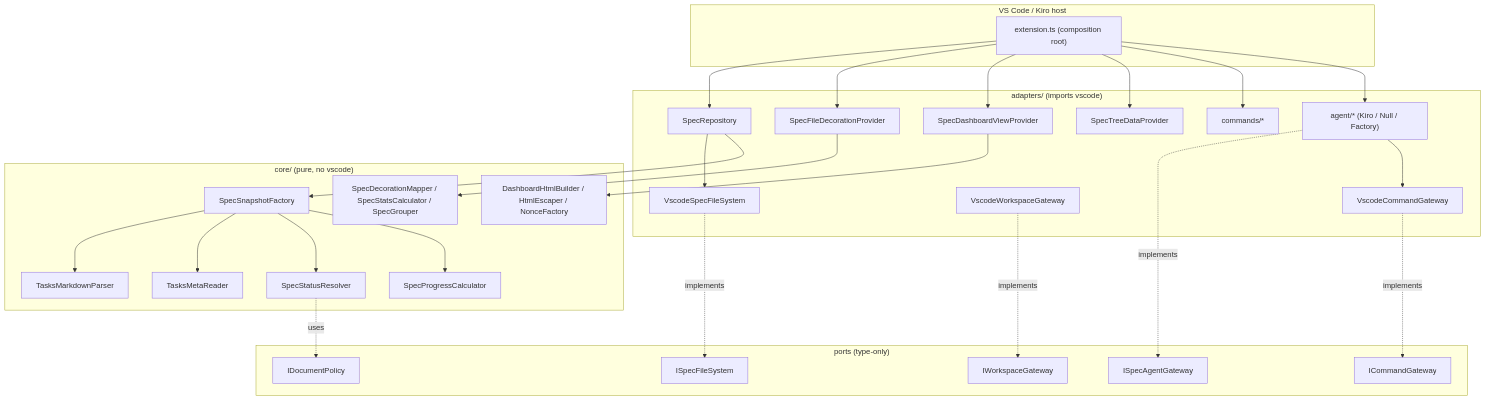
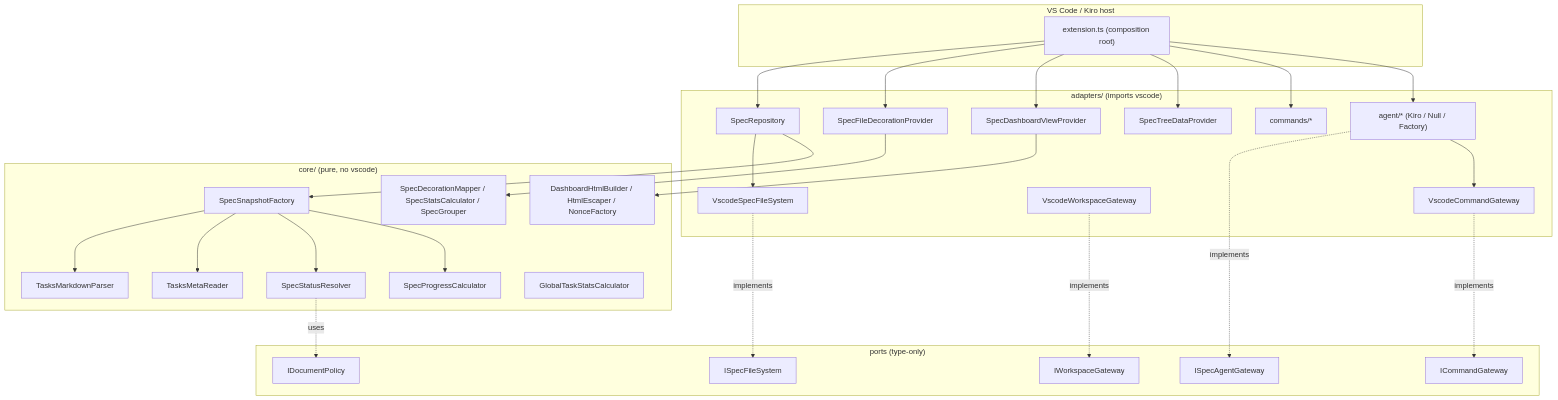
One commit to ducks-project/kirospectracker changed the first of 4 diagrams in docs/architecture.md. Above: the diagram before and after it, drawn with Mermaid. The commit also changed other lines of this file and 7 other files, not shown here.

````diff
--- a/docs/architecture.md
+++ b/docs/architecture.md
@@ -32,57 +32,58 @@
 ```mermaid
 flowchart TD
   subgraph Host["VS Code / Kiro host"]
     EXT["extension.ts (composition root)"]
   end
 
   subgraph Adapters["adapters/ (imports vscode)"]
     REPO["SpecRepository"]
     DEC["SpecFileDecorationProvider"]
     DASH["SpecDashboardViewProvider"]
     TREE["SpecTreeDataProvider"]
     CMD["commands/*"]
     VFS["VscodeSpecFileSystem"]
     VWG["VscodeWorkspaceGateway"]
     AGT["agent/* (Kiro / Null / Factory)"]
     VCG["VscodeCommandGateway"]
   end
 
   subgraph Ports["ports (type-only)"]
     ISFS["ISpecFileSystem"]
     IWG["IWorkspaceGateway"]
     IDP["IDocumentPolicy"]
     ISAG["ISpecAgentGateway"]
     ICG["ICommandGateway"]
   end
 
   subgraph Core["core/ (pure, no vscode)"]
     PARSE["TasksMarkdownParser"]
     META["TasksMetaReader"]
     RES["SpecStatusResolver"]
     PROG["SpecProgressCalculator"]
     FACT["SpecSnapshotFactory"]
     MAPS["SpecDecorationMapper / SpecStatsCalculator / SpecGrouper"]
+    GSTATS["GlobalTaskStatsCalculator"]
     HTML["DashboardHtmlBuilder / HtmlEscaper / NonceFactory"]
   end
 
   EXT --> REPO
   EXT --> DEC
   EXT --> DASH
   EXT --> TREE
   EXT --> CMD
   REPO --> VFS
   REPO --> FACT
   VFS -. implements .-> ISFS
   VWG -. implements .-> IWG
   AGT -. implements .-> ISAG
   VCG -. implements .-> ICG
   EXT --> AGT
   AGT --> VCG
   FACT --> PARSE
   FACT --> META
   FACT --> RES
   FACT --> PROG
   RES -. uses .-> IDP
   DEC --> MAPS
   DASH --> HTML
 ```
````
